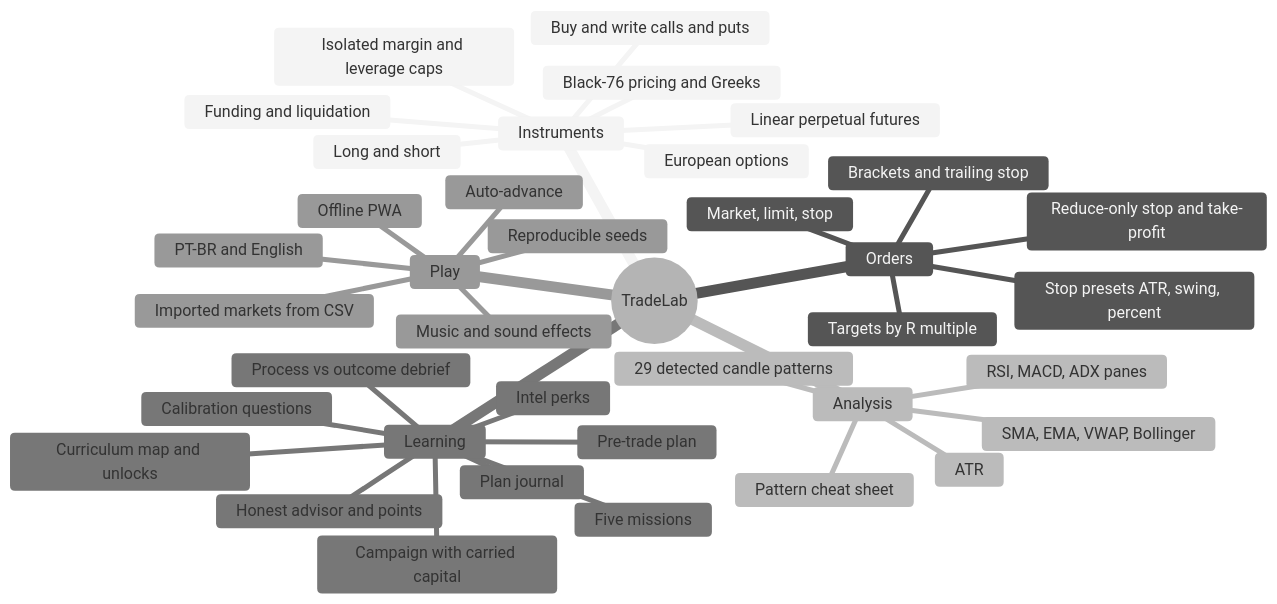
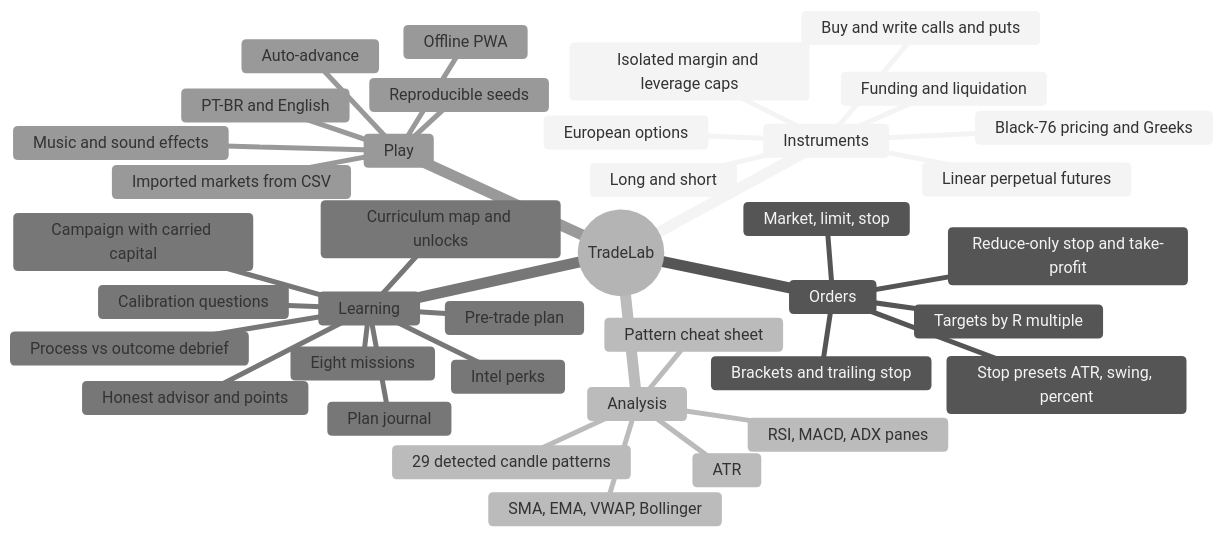
Before and after one commit to CyberdyneCorp/trading-game: the first of 7 diagrams in README.md, drawn with Mermaid (neutral theme). The commit also changed other lines of this file and 50 other files, not shown here.

````diff
--- a/README.md
+++ b/README.md
@@ -45,41 +45,41 @@
 ```mermaid
 mindmap
   root((TradeLab))
     Instruments
       Linear perpetual futures
       Long and short
       Isolated margin and leverage caps
       Funding and liquidation
       European options
       Buy and write calls and puts
       Black-76 pricing and Greeks
     Orders
       Market, limit, stop
       Reduce-only stop and take-profit
       Brackets and trailing stop
       Stop presets ATR, swing, percent
       Targets by R multiple
     Analysis
       SMA, EMA, VWAP, Bollinger
       RSI, MACD, ADX panes
       ATR
       29 detected candle patterns
       Pattern cheat sheet
     Learning
-      Five missions
+      Eight missions
       Campaign with carried capital
       Curriculum map and unlocks
       Plan journal
       Honest advisor and points
       Intel perks
       Pre-trade plan
       Calibration questions
       Process vs outcome debrief
     Play
       Auto-advance
       Music and sound effects
       Offline PWA
       Imported markets from CSV
       PT-BR and English
       Reproducible seeds
 ```
````
